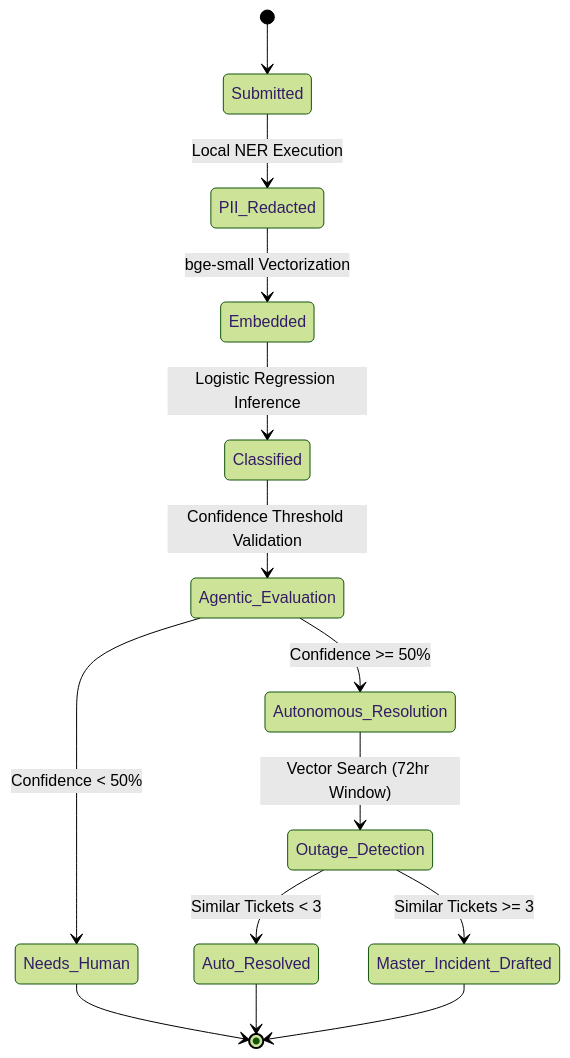
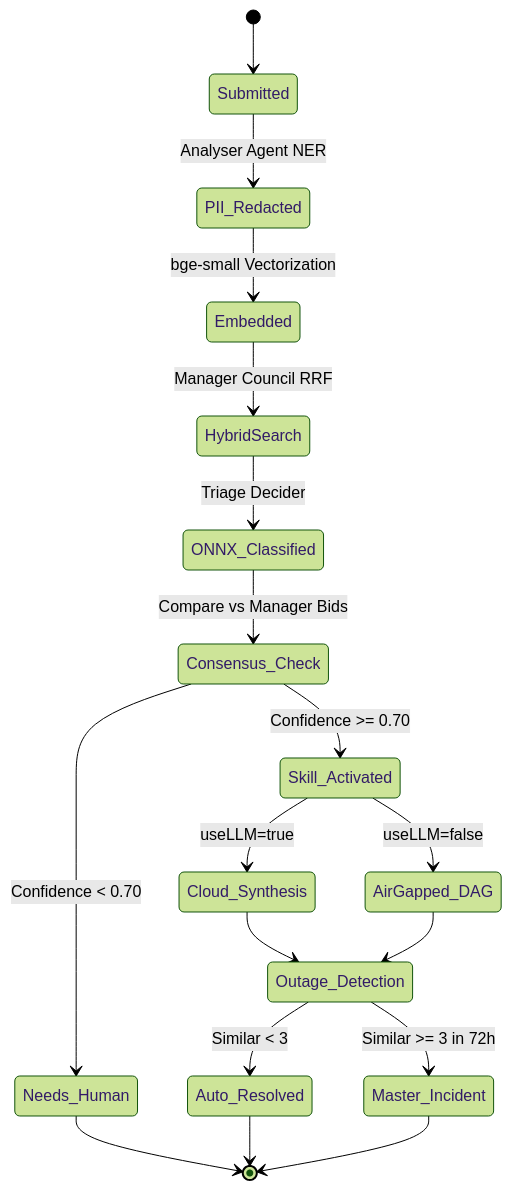
One commit to trishakapoor/NASSCOM-helpdesk changed the fourth of 4 diagrams in PROJECT_DESCRIPTION.md. Above: the diagram before and after it, drawn with Mermaid (forest theme). The commit also changed other lines of this file and 17 other files, not shown here.

Commit message:
Final: Multi-Agent Council Implementation & WASM Inference migration

````diff
--- a/PROJECT_DESCRIPTION.md
+++ b/PROJECT_DESCRIPTION.md
@@ -116,21 +173,25 @@
 ```mermaid
 stateDiagram-v2
     [*] --> Submitted
-    Submitted --> PII_Redacted: Local NER Execution
+    Submitted --> PII_Redacted: Analyser Agent NER
     PII_Redacted --> Embedded: bge-small Vectorization
-    Embedded --> Classified: Logistic Regression Inference
-    
-    Classified --> Agentic_Evaluation: Confidence Threshold Validation
-    
-    Agentic_Evaluation --> Needs_Human: Confidence < 50%
-    Agentic_Evaluation --> Autonomous_Resolution: Confidence >= 50%
-    
-    Autonomous_Resolution --> Outage_Detection: Vector Search (72hr Window)
-    
-    Outage_Detection --> Master_Incident_Drafted: Similar Tickets >= 3
-    Outage_Detection --> Auto_Resolved: Similar Tickets < 3
-    
+    Embedded --> HybridSearch: Manager Council RRF
+    HybridSearch --> ONNX_Classified: Triage Decider
+
+    ONNX_Classified --> Consensus_Check: Compare vs Manager Bids
+    Consensus_Check --> Needs_Human: Confidence < 0.70
+    Consensus_Check --> Skill_Activated: Confidence >= 0.70
+
+    Skill_Activated --> Cloud_Synthesis: useLLM=true
+    Skill_Activated --> AirGapped_DAG: useLLM=false
+
+    Cloud_Synthesis --> Outage_Detection
+    AirGapped_DAG --> Outage_Detection
+
+    Outage_Detection --> Master_Incident: Similar >= 3 in 72h
+    Outage_Detection --> Auto_Resolved: Similar < 3
+
     Needs_Human --> [*]
     Auto_Resolved --> [*]
-    Master_Incident_Drafted --> [*]
+    Master_Incident --> [*]
 ```
````
